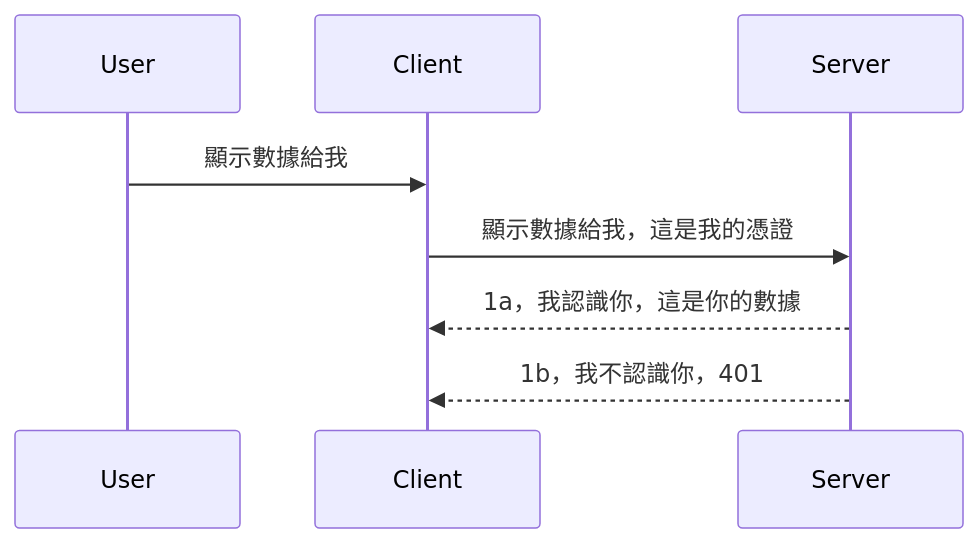
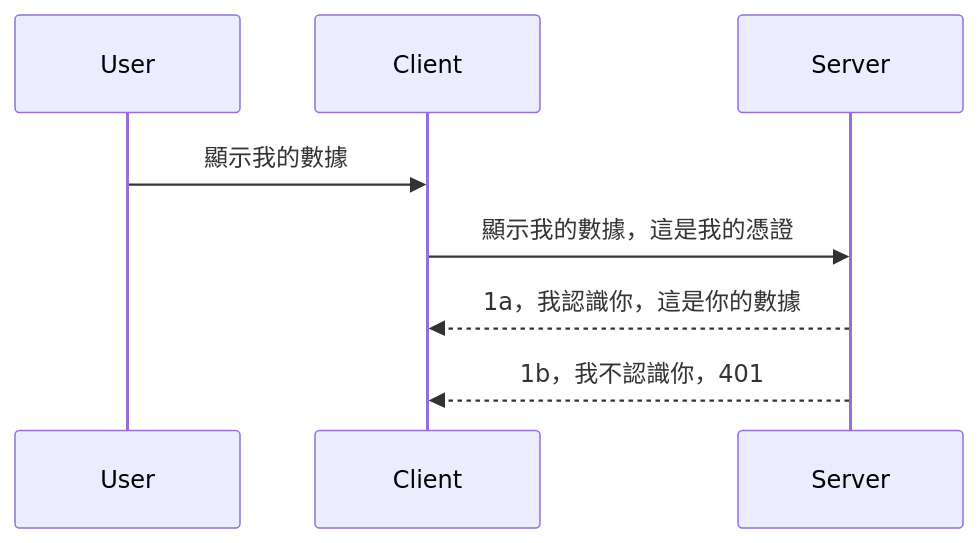
Before and after one commit to HIDORAKAI002/ai-workspace-archive: the diagram in mcp_ecosystem__model_context_protocol/mcp_learning_resources/mcp-for-beginners/translations/zh-HK/03-GettingStarted/11-simple-auth/README.md, drawn with Mermaid. The commit also changed other lines of this file and 1046 other files, not shown here.

````diff
--- a/mcp_ecosystem__model_context_protocol/mcp_learning_resources/mcp-for-beginners/translations/zh-HK/03-GettingStarted/11-simple-auth/README.md
+++ b/mcp_ecosystem__model_context_protocol/mcp_learning_resources/mcp-for-beginners/translations/zh-HK/03-GettingStarted/11-simple-auth/README.md
@@ -24,11 +24,11 @@
 ```mermaid
 sequenceDiagram
    participant User
    participant Client
    participant Server
 
-   User->>Client: 顯示數據給我
-   Client->>Server: 顯示數據給我，這是我的憑證
+   User->>Client: 顯示我的數據
+   Client->>Server: 顯示我的數據，這是我的憑證
    Server-->>Client: 1a，我認識你，這是你的數據
    Server-->>Client: 1b，我不認識你，401 
 ```
````
